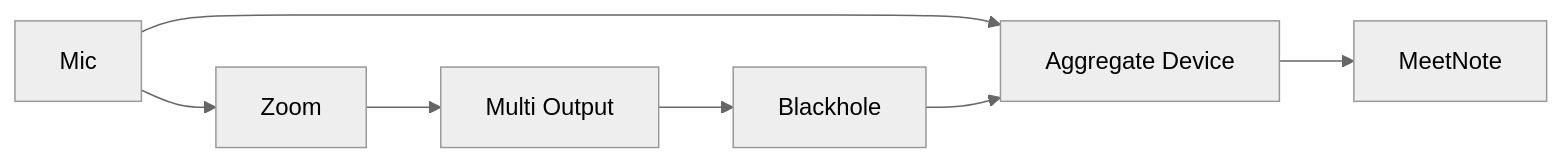
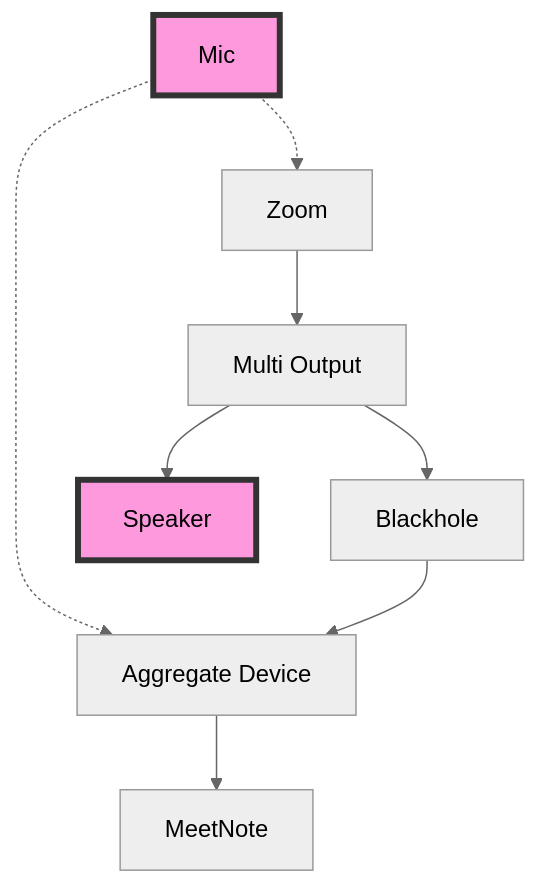
Before and after one commit to tokuhirom/MeetNote: the diagram in README.md, drawn with Mermaid (neutral theme).

Commit message:
update mermaid

````diff
--- a/README.md
+++ b/README.md
@@ -25,16 +25,21 @@
 ```mermaid
-graph LR
-A[Mic]
-B[Zoom]
-C[Aggregate Device]
-D[Multi Output]
-E[Blackhole]
-F[MeetNote]
-
-    A --> B
-    A --> C
+graph TB
+    A[Mic]
+    B[Zoom]
+    C[Aggregate Device]
+    D[Multi Output]
+    E[Blackhole]
+    F[MeetNote]
+    G[Speaker]
+    
+    A -.-> B
+    A -.-> C
     B --> D
     D --> E
     E --> C
     C --> F
+    D --> G
+    
+    class A,G device;
+    classDef device fill:#f9d,stroke:#333,stroke-width:4px;
 ```
````
